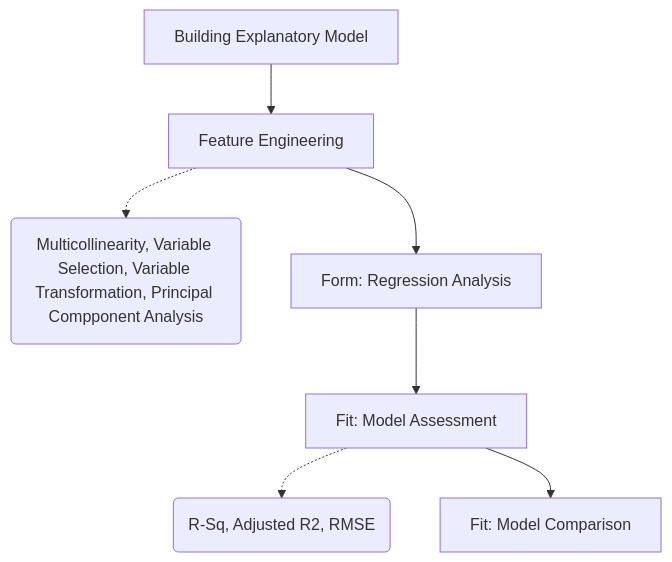
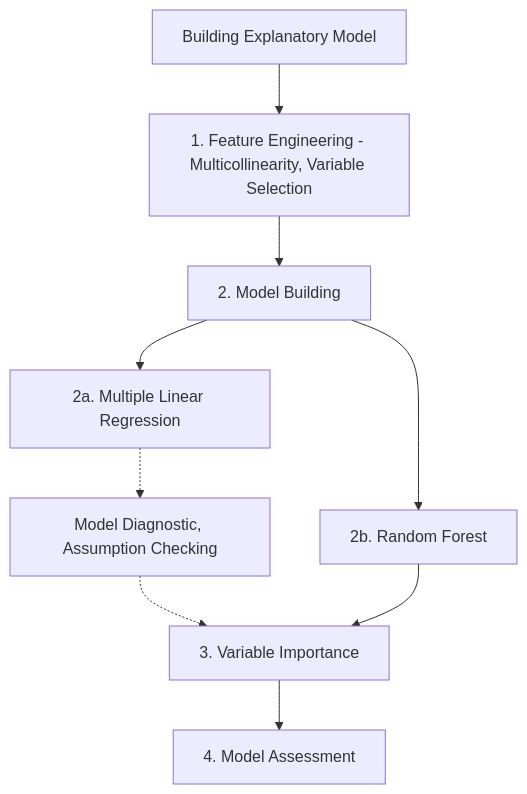
Before and after one commit to kytjy/ISSS608-VAA: the diagram in Take-home_Ex/Take-home_Ex04/Take-home_Ex04.qmd, drawn with Mermaid. The commit also changed other lines of this file and 15 other files, not shown here.

````diff
--- a/Take-home_Ex/Take-home_Ex04/Take-home_Ex04.qmd
+++ b/Take-home_Ex/Take-home_Ex04/Take-home_Ex04.qmd
@@ -32,12 +50,14 @@
 ```{mermaid}
 %%| fig-width: 8
 %%| echo: false
 
 flowchart TD
-    A[Building Explanatory Model] -->B[Feature Engineering]
-    B -.->B1(Multicollinearity, Variable Selection, Variable Transformation, Principal Compponent Analysis)
-    B-->C[Form: Regression Analysis]
-    C -->D[Fit: Model Assessment]
-    D -.->D1(R-Sq, Adjusted R2, RMSE)    
-    D -->E[Fit: Model Comparison]
+    A[Building Explanatory Model]-->B[1. Feature Engineering - Multicollinearity, Variable Selection]
+    B-->C[2. Model Building]
+    C-->C1[2a. Multiple Linear Regression]
+    C--> C2[2b. Random Forest]
+    C1-.->F[Model Diagnostic, Assumption Checking]
+    F-.->E
+    C2 -->E[3. Variable Importance]
+    E-->D[4. Model Assessment]
 ```
````
